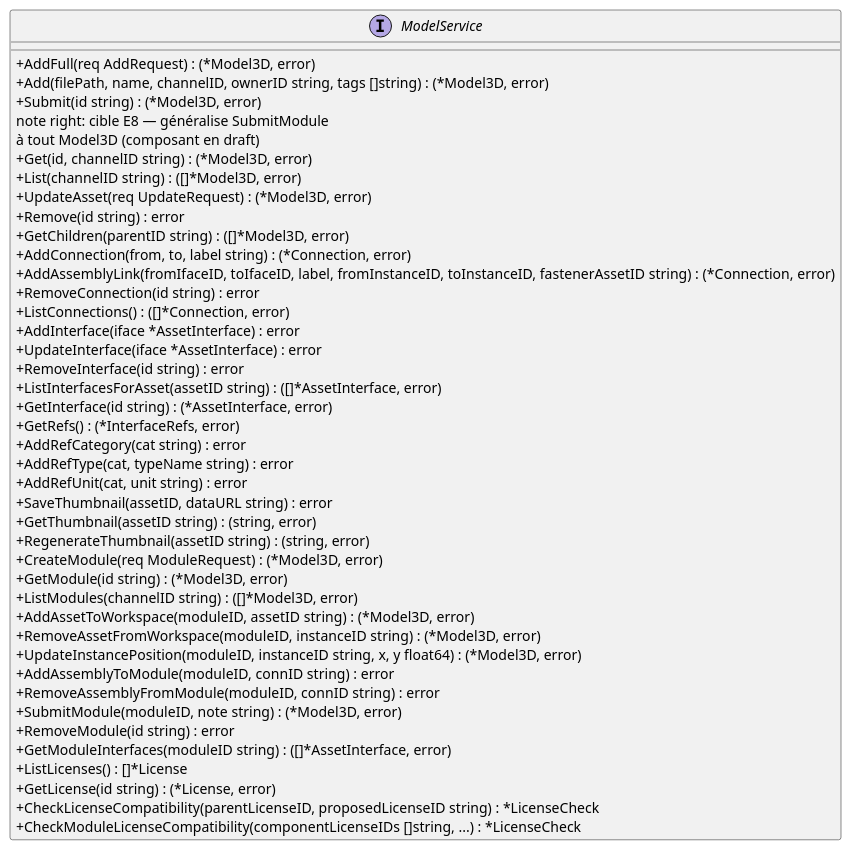
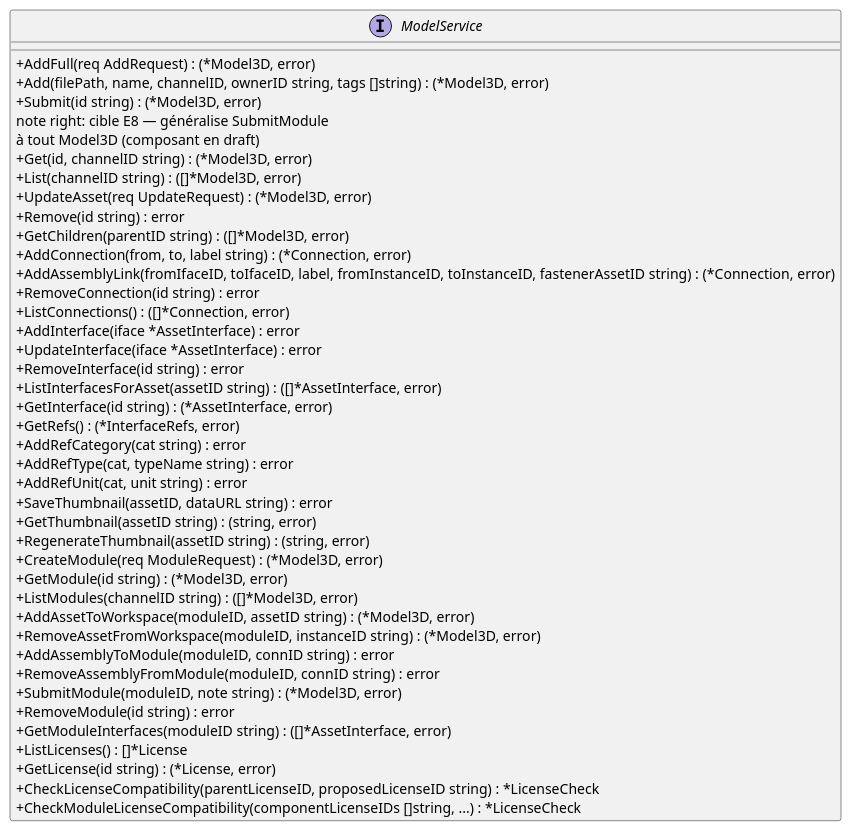
One commit to myr-forge/myr-core changed the fourth of 5 diagrams in specs/3-Conception/Architecture_Composition.md. Above: the diagram before and after it, drawn with PlantUML. The commit also changed other lines of this file and 29 other files, not shown here.

````diff
--- a/specs/3-Conception/Architecture_Composition.md
+++ b/specs/3-Conception/Architecture_Composition.md
@@ -396,53 +394,52 @@
 ```plantuml
 @startuml
 skinparam classAttributeIconSize 0
 interface ModelService {
   ' D3/D4 — Composants
   + AddFull(req AddRequest) : (*Model3D, error)
   + Add(filePath, name, channelID, ownerID string, tags []string) : (*Model3D, error)
   + Submit(id string) : (*Model3D, error)
   note right: cible E8 — généralise SubmitModule\nà tout Model3D (composant en draft)
   + Get(id, channelID string) : (*Model3D, error)
   + List(channelID string) : ([]*Model3D, error)
   + UpdateAsset(req UpdateRequest) : (*Model3D, error)
   + Remove(id string) : error
   + GetChildren(parentID string) : ([]*Model3D, error)
   ' D5 — Connexions (composition d'un module)
   + AddConnection(from, to, label string) : (*Connection, error)
   + AddAssemblyLink(fromIfaceID, toIfaceID, label, fromInstanceID, toInstanceID, fastenerAssetID string) : (*Connection, error)
   + RemoveConnection(id string) : error
   + ListConnections() : ([]*Connection, error)
   ' D5 — Interfaces physiques
   + AddInterface(iface *AssetInterface) : error
   + UpdateInterface(iface *AssetInterface) : error
   + RemoveInterface(id string) : error
   + ListInterfacesForAsset(assetID string) : ([]*AssetInterface, error)
   + GetInterface(id string) : (*AssetInterface, error)
   + GetRefs() : (*InterfaceRefs, error)
   + AddRefCategory(cat string) : error
   + AddRefType(cat, typeName string) : error
   + AddRefUnit(cat, unit string) : error
   ' D5 — Miniatures
   + SaveThumbnail(assetID, dataURL string) : error
   + GetThumbnail(assetID string) : (string, error)
   + RegenerateThumbnail(assetID string) : (string, error)
   ' D6 — Modules
   + CreateModule(req ModuleRequest) : (*Model3D, error)
   + GetModule(id string) : (*Model3D, error)
   + ListModules(channelID string) : ([]*Model3D, error)
   + AddAssetToWorkspace(moduleID, assetID string) : (*Model3D, error)
   + RemoveAssetFromWorkspace(moduleID, instanceID string) : (*Model3D, error)
-  + UpdateInstancePosition(moduleID, instanceID string, x, y float64) : (*Model3D, error)
   + AddAssemblyToModule(moduleID, connID string) : error
   + RemoveAssemblyFromModule(moduleID, connID string) : error
   + SubmitModule(moduleID, note string) : (*Model3D, error)
   + RemoveModule(id string) : error
   + GetModuleInterfaces(moduleID string) : ([]*AssetInterface, error)
   ' Licences
   + ListLicenses() : []*License
   + GetLicense(id string) : (*License, error)
   + CheckLicenseCompatibility(parentLicenseID, proposedLicenseID string) : *LicenseCheck
   + CheckModuleLicenseCompatibility(componentLicenseIDs []string, ...) : *LicenseCheck
 }
 @enduml
 ```
````
